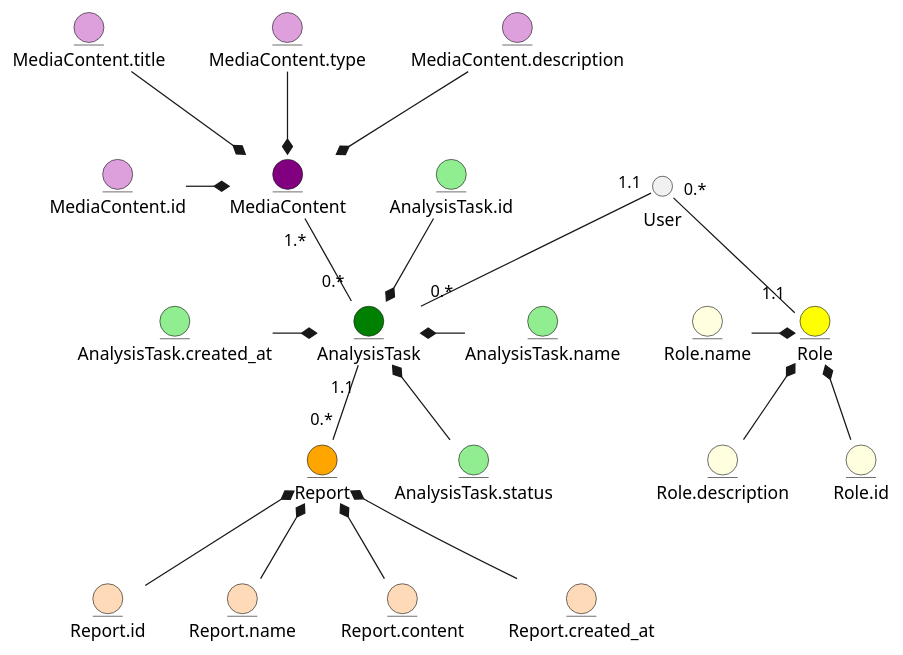
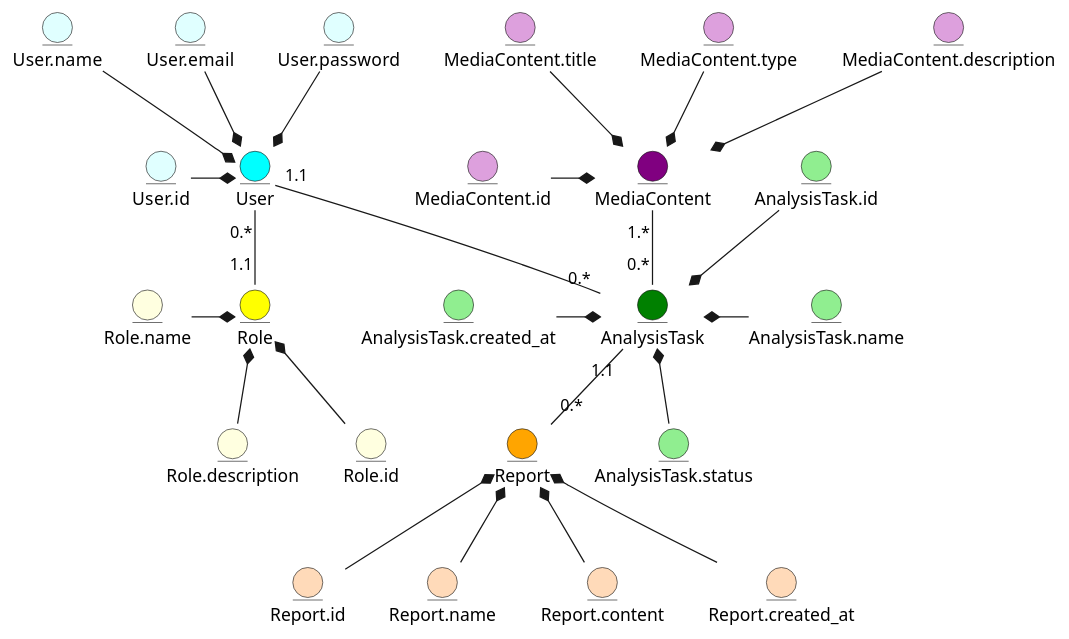
The diagram in docs/design.md (zhkcll/lab6), drawn with PlantUML before and after one commit.

````diff
--- a/docs/design.md
+++ b/docs/design.md
@@ -5,51 +5,64 @@
 ```plantuml
+@startuml
+
+entity User #cyan
+entity User.id #lightCyan
+entity User.name #lightCyan
+entity User.email #lightCyan
+entity User.password #lightCyan
+
+User.id -r-* User
+User.name --* User
+User.email --* User
+User.password --* User
+
 entity Role #yellow
 entity Role.name #lightYellow
 entity Role.description #lightYellow
 entity Role.id #lightYellow
 
 Role.name -r-* Role
 Role.description -u-* Role
 Role.id -u-* Role
 
 entity MediaContent #purple
 entity MediaContent.id #plum
 entity MediaContent.title #plum
 entity MediaContent.type #plum
 entity MediaContent.description #plum
 
 MediaContent.id -r-* MediaContent
 MediaContent.title --* MediaContent
 MediaContent.type --* MediaContent
 MediaContent.description --* MediaContent
 
 entity AnalysisTask #green
 entity AnalysisTask.id #lightGreen
 entity AnalysisTask.name #lightGreen
 entity AnalysisTask.status #lightGreen
 entity AnalysisTask.created_at #lightGreen
 
 AnalysisTask.id --* AnalysisTask
 AnalysisTask.name -l-* AnalysisTask
 AnalysisTask.status -u-* AnalysisTask
 AnalysisTask.created_at -r-* AnalysisTask
 
 entity Report #orange
 entity Report.id #peachPuff
 entity Report.name #peachPuff
 entity Report.content #peachPuff
 entity Report.created_at #peachPuff
 
 Report.id -u-* Report
 Report.name -u-* Report
 Report.content -u-* Report
 Report.created_at -u-* Report
 
 User "0.*" -- "1.1" Role
 User "1.1" -- "0.*" AnalysisTask
 
 MediaContent "1.*" -- "0.*" AnalysisTask
 AnalysisTask "1.1" -- "0.*" Report
 
 @enduml
 ```
````
